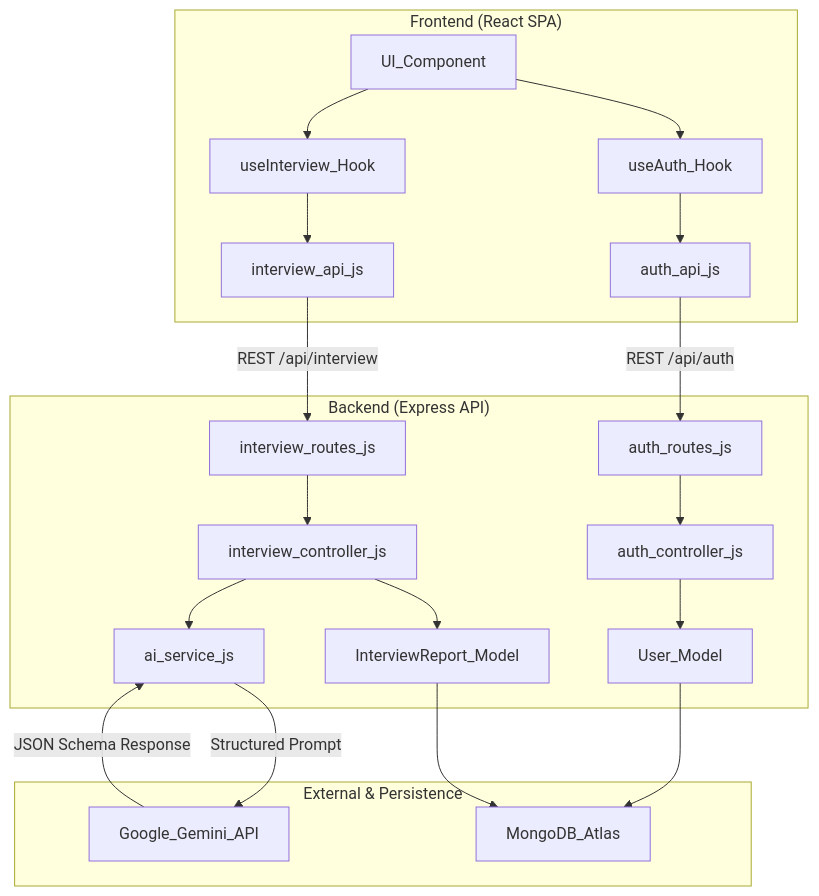
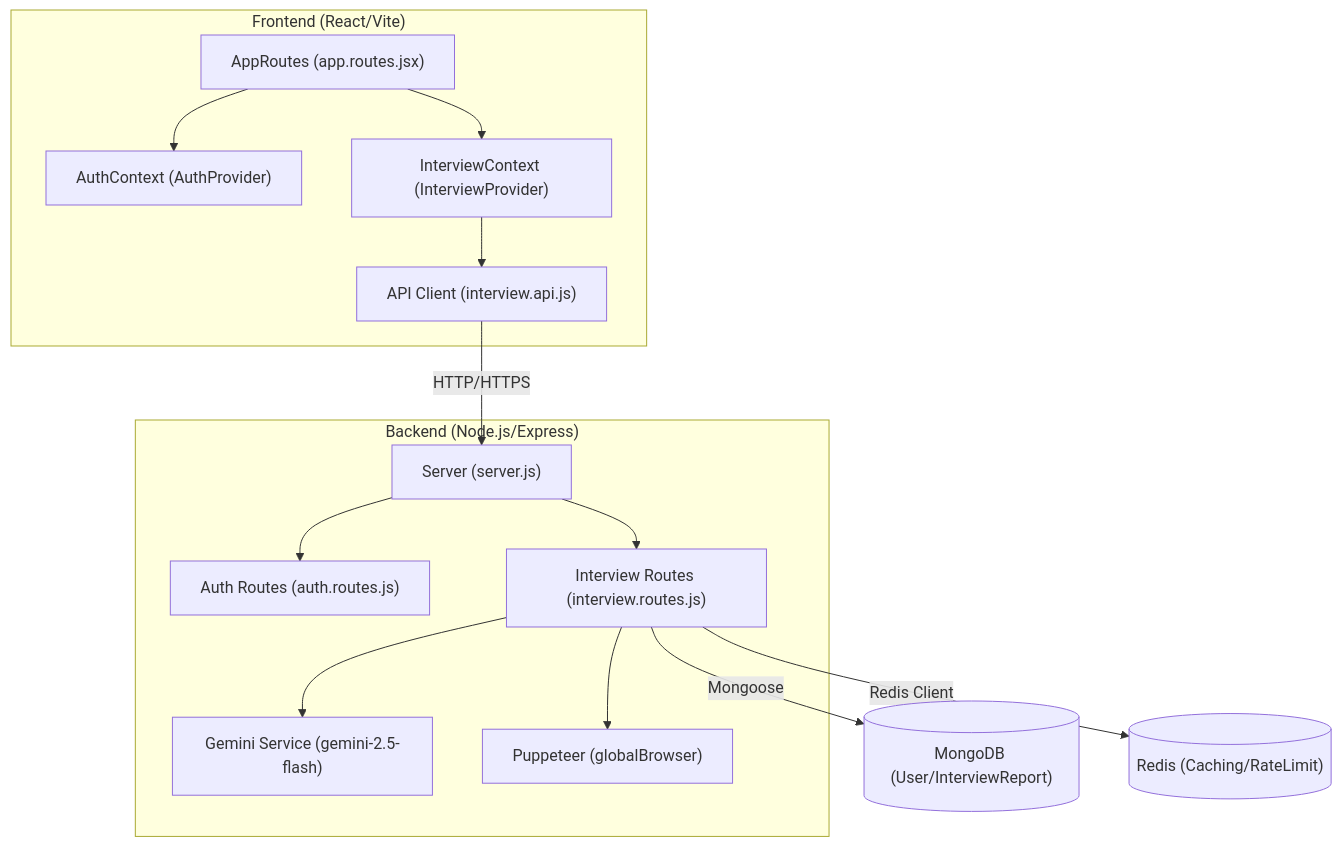
One commit to harshitzofficial/Job-Prep-Platform changed the first of 15 diagrams in README.md. Above: the diagram before and after it, drawn with Mermaid. The commit also changed other lines of this file, not shown here.

````diff
--- a/README.md
+++ b/README.md
@@ -56,29 +160,19 @@
 ```mermaid
 graph TD
-    subgraph "Frontend (React SPA)"
-        UI_Component --> useAuth_Hook
-        UI_Component --> useInterview_Hook
-        useAuth_Hook --> auth_api_js
-        useInterview_Hook --> interview_api_js
+    subgraph "Frontend (React/Vite)"
+        A["AppRoutes (app.routes.jsx)"] --> B["AuthContext (AuthProvider)"]
+        A --> C["InterviewContext (InterviewProvider)"]
+        C --> D["API Client (interview.api.js)"]
     end
-
-    subgraph "Backend (Express API)"
-        auth_api_js -- "REST /api/auth" --> auth_routes_js
-        interview_api_js -- "REST /api/interview" --> interview_routes_js
-
-        auth_routes_js --> auth_controller_js
-        interview_routes_js --> interview_controller_js
-
-        interview_controller_js --> ai_service_js
-        auth_controller_js --> User_Model
-        interview_controller_js --> InterviewReport_Model
+ 
+    subgraph "Backend (Node.js/Express)"
+        E["Server (server.js)"] --> F["Auth Routes (auth.routes.js)"]
+        E --> G["Interview Routes (interview.routes.js)"]
+        G --> H["Gemini Service (gemini-2.5-flash)"]
+        G --> I["Puppeteer (globalBrowser)"]
     end
-
-    subgraph "External & Persistence"
-        ai_service_js -- "Structured Prompt" --> Google_Gemini_API
-        User_Model --> MongoDB_Atlas
-        InterviewReport_Model --> MongoDB_Atlas
-    end
-
-    Google_Gemini_API -- "JSON Schema Response" --> ai_service_js
+ 
+    D -- "HTTP/HTTPS" --> E
+    G -- "Mongoose" --> J[("MongoDB (User/InterviewReport)")]
+    G -- "Redis Client" --> K[("Redis (Caching/RateLimit)")]
 ```
````
